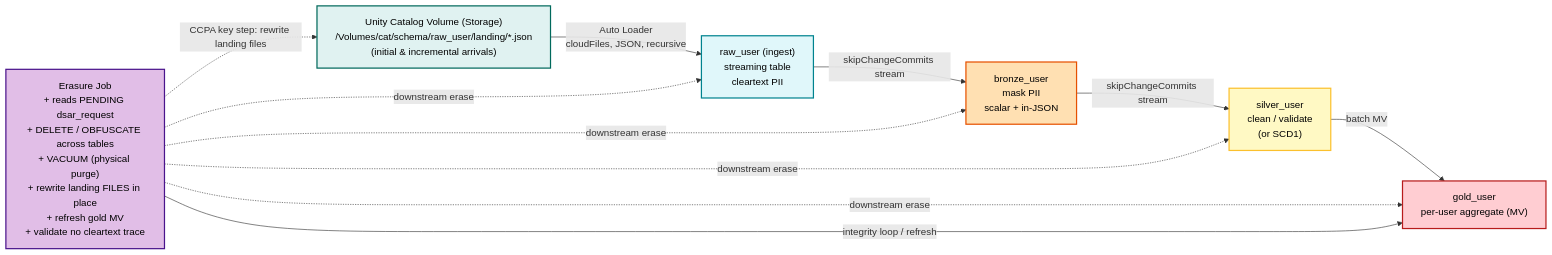
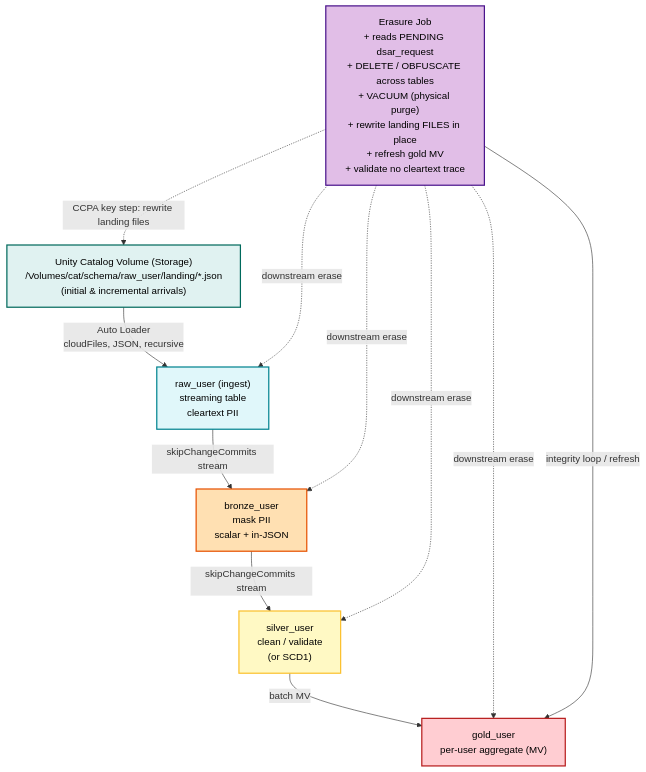
One commit to dipankarkush-db/allegiantair changed the diagram in allegiant-json-pii-masking/dsar_erasure/sdp_integration/README.md. Above: the diagram before and after it, drawn with Mermaid.

Commit message:
docs(dsar-sdp): arch diagram top-to-bottom (flowchart TB) so it fits without horizontal scroll

````diff
--- a/allegiant-json-pii-masking/dsar_erasure/sdp_integration/README.md
+++ b/allegiant-json-pii-masking/dsar_erasure/sdp_integration/README.md
@@ -16,37 +16,37 @@
 ```mermaid
-flowchart LR
+flowchart TB
     %% Define color classes for the legend
     classDef storage fill:#e0f2f1,stroke:#00695c,stroke-width:2px,color:#000
     classDef raw fill:#e0f7fa,stroke:#00838f,stroke-width:2px,color:#000
     classDef bronze fill:#ffe0b2,stroke:#e65100,stroke-width:2px,color:#000
     classDef silver fill:#fff9c4,stroke:#fbc02d,stroke-width:2px,color:#000
     classDef gold fill:#ffcdd2,stroke:#b71c1c,stroke-width:2px,color:#000
     classDef erasure fill:#e1bee7,stroke:#4a148c,stroke-width:2px,color:#000
 
     %% Node Definitions
     UCV["Unity Catalog Volume (Storage)<br/>/Volumes/cat/schema/raw_user/landing/*.json<br/>(initial & incremental arrivals)"]:::storage
 
     Raw["raw_user (ingest)<br/>streaming table<br/>cleartext PII"]:::raw
 
     Bronze["bronze_user<br/>mask PII<br/>scalar + in-JSON"]:::bronze
     Silver["silver_user<br/>clean / validate<br/>(or SCD1)"]:::silver
     Gold["gold_user<br/>per-user aggregate (MV)"]:::gold
 
     Erasure["Erasure Job<br/>+ reads PENDING dsar_request<br/>+ DELETE / OBFUSCATE across tables<br/>+ VACUUM (physical purge)<br/>+ rewrite landing FILES in place<br/>+ refresh gold MV<br/>+ validate no cleartext trace"]:::erasure
 
     %% Data Ingestion Flow
     UCV -->|Auto Loader <br/> cloudFiles, JSON, recursive| Raw
 
     %% Processing Pipeline
     Raw -->|skipChangeCommits stream| Bronze
     Bronze -->|skipChangeCommits stream| Silver
     Silver -->|batch MV| Gold
 
     %% Erasure Flow & Integrity Loop
     Erasure -.->|CCPA key step: rewrite landing files| UCV
     Erasure -.->|downstream erase| Raw
     Erasure -.->|downstream erase| Bronze
     Erasure -.->|downstream erase| Silver
     Erasure -.->|downstream erase| Gold
     Erasure -->|integrity loop / refresh| Gold
 ```
````
